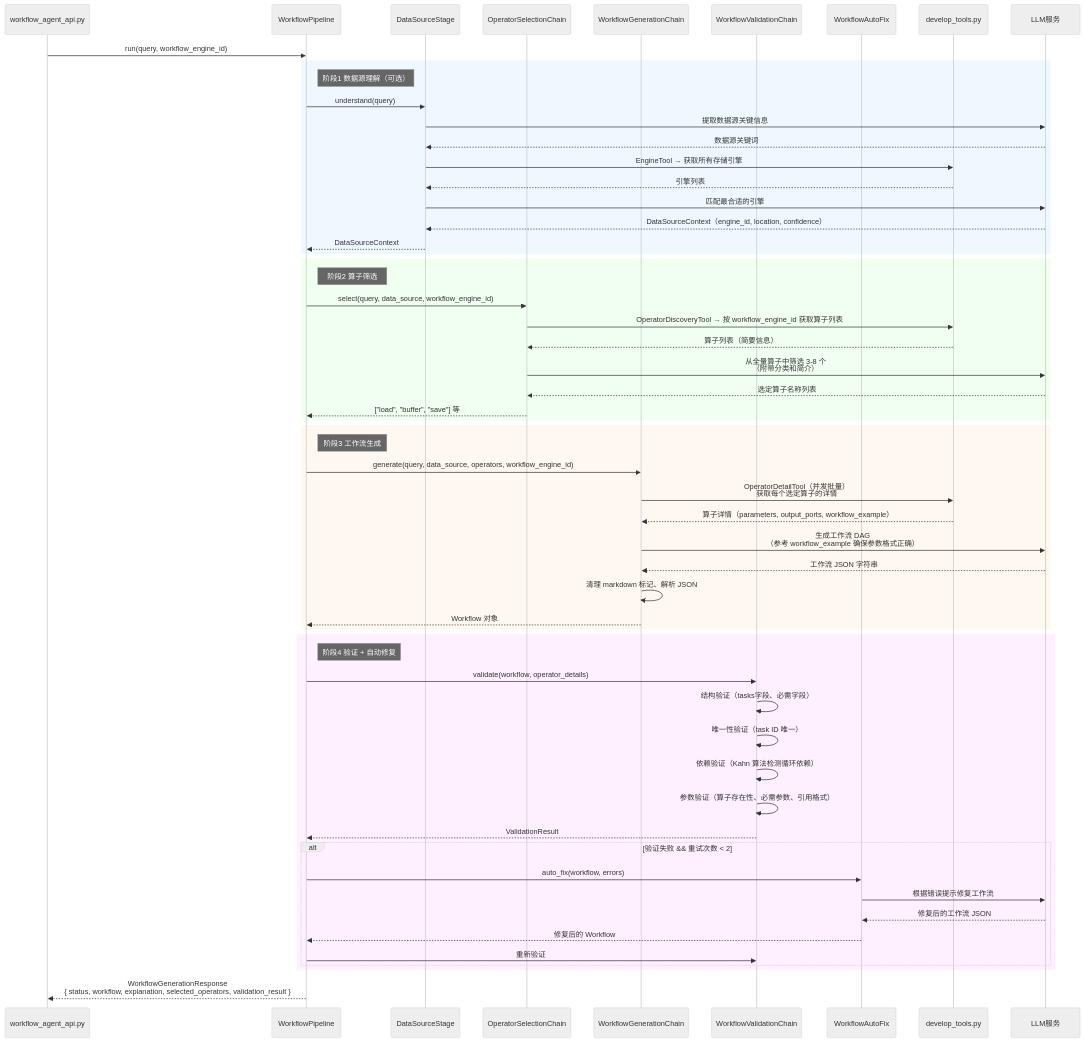
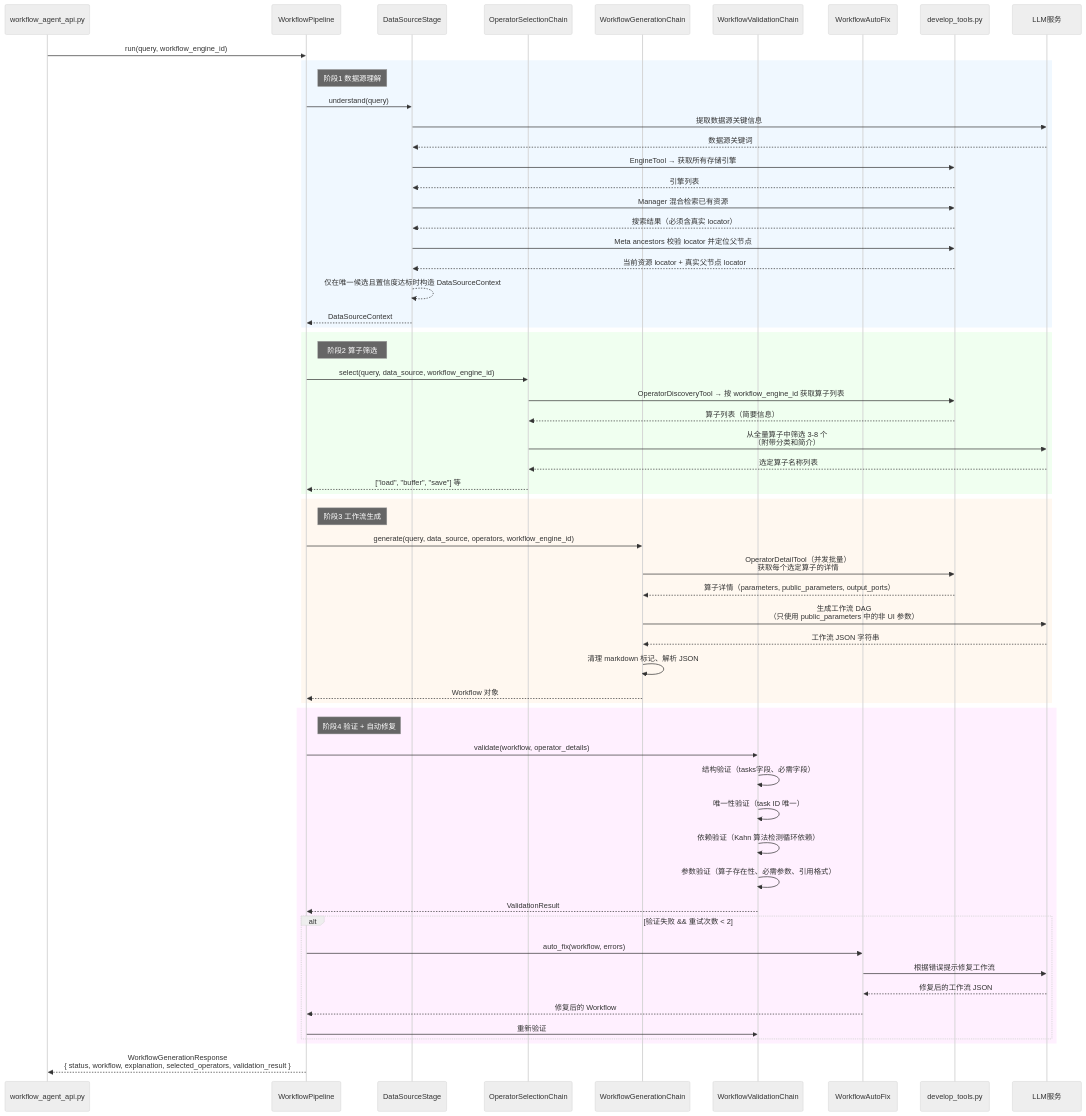
The third of 3 diagrams in copilot/docs/copilot-develop-调用关系说明.md (pampa0629/addp), drawn with Mermaid (neutral theme) before and after one commit. The commit also changed other lines of this file and 84 other files, not shown here.

````diff
--- a/copilot/docs/copilot-develop-调用关系说明.md
+++ b/copilot/docs/copilot-develop-调用关系说明.md
@@ -113,67 +115,70 @@
 ```mermaid
 sequenceDiagram
     participant API as workflow_agent_api.py
     participant Pipeline as WorkflowPipeline
     participant DS as DataSourceStage
     participant Sel as OperatorSelectionChain
     participant Gen as WorkflowGenerationChain
     participant Val as WorkflowValidationChain
     participant Fix as WorkflowAutoFix
     participant DevTools as develop_tools.py
     participant LLM as LLM服务
 
     API->>Pipeline: run(query, workflow_engine_id)
 
     rect rgb(240,248,255)
-        note right of Pipeline: 阶段1 数据源理解（可选）
+        note right of Pipeline: 阶段1 数据源理解
         Pipeline->>DS: understand(query)
         DS->>LLM: 提取数据源关键信息
         LLM-->>DS: 数据源关键词
         DS->>DevTools: EngineTool → 获取所有存储引擎
         DevTools-->>DS: 引擎列表
-        DS->>LLM: 匹配最合适的引擎
-        LLM-->>DS: DataSourceContext（engine_id, location, confidence）
+        DS->>DevTools: Manager 混合检索已有资源
+        DevTools-->>DS: 搜索结果（必须含真实 locator）
+        DS->>DevTools: Meta ancestors 校验 locator 并定位父节点
+        DevTools-->>DS: 当前资源 locator + 真实父节点 locator
+        DS-->>DS: 仅在唯一候选且置信度达标时构造 DataSourceContext
         DS-->>Pipeline: DataSourceContext
     end
 
     rect rgb(240,255,240)
         note right of Pipeline: 阶段2 算子筛选
         Pipeline->>Sel: select(query, data_source, workflow_engine_id)
         Sel->>DevTools: OperatorDiscoveryTool → 按 workflow_engine_id 获取算子列表
         DevTools-->>Sel: 算子列表（简要信息）
         Sel->>LLM: 从全量算子中筛选 3-8 个<br/>（附带分类和简介）
         LLM-->>Sel: 选定算子名称列表
         Sel-->>Pipeline: ["load", "buffer", "save"] 等
     end
 
     rect rgb(255,248,240)
         note right of Pipeline: 阶段3 工作流生成
         Pipeline->>Gen: generate(query, data_source, operators, workflow_engine_id)
         Gen->>DevTools: OperatorDetailTool（并发批量）<br/>获取每个选定算子的详情
-        DevTools-->>Gen: 算子详情（parameters, output_ports, workflow_example）
-        Gen->>LLM: 生成工作流 DAG<br/>（参考 workflow_example 确保参数格式正确）
+        DevTools-->>Gen: 算子详情（parameters, public_parameters, output_ports）
+        Gen->>LLM: 生成工作流 DAG<br/>（只使用 public_parameters 中的非 UI 参数）
         LLM-->>Gen: 工作流 JSON 字符串
         Gen->>Gen: 清理 markdown 标记、解析 JSON
         Gen-->>Pipeline: Workflow 对象
     end
 
     rect rgb(255,240,255)
         note right of Pipeline: 阶段4 验证 + 自动修复
         Pipeline->>Val: validate(workflow, operator_details)
         Val->>Val: 结构验证（tasks字段、必需字段）
         Val->>Val: 唯一性验证（task ID 唯一）
         Val->>Val: 依赖验证（Kahn 算法检测循环依赖）
         Val->>Val: 参数验证（算子存在性、必需参数、引用格式）
         Val-->>Pipeline: ValidationResult
 
         alt 验证失败 && 重试次数 < 2
             Pipeline->>Fix: auto_fix(workflow, errors)
             Fix->>LLM: 根据错误提示修复工作流
             LLM-->>Fix: 修复后的工作流 JSON
             Fix-->>Pipeline: 修复后的 Workflow
             Pipeline->>Val: 重新验证
         end
     end
 
     Pipeline-->>API: WorkflowGenerationResponse<br/>{ status, workflow, explanation, selected_operators, validation_result }
 ```
````
